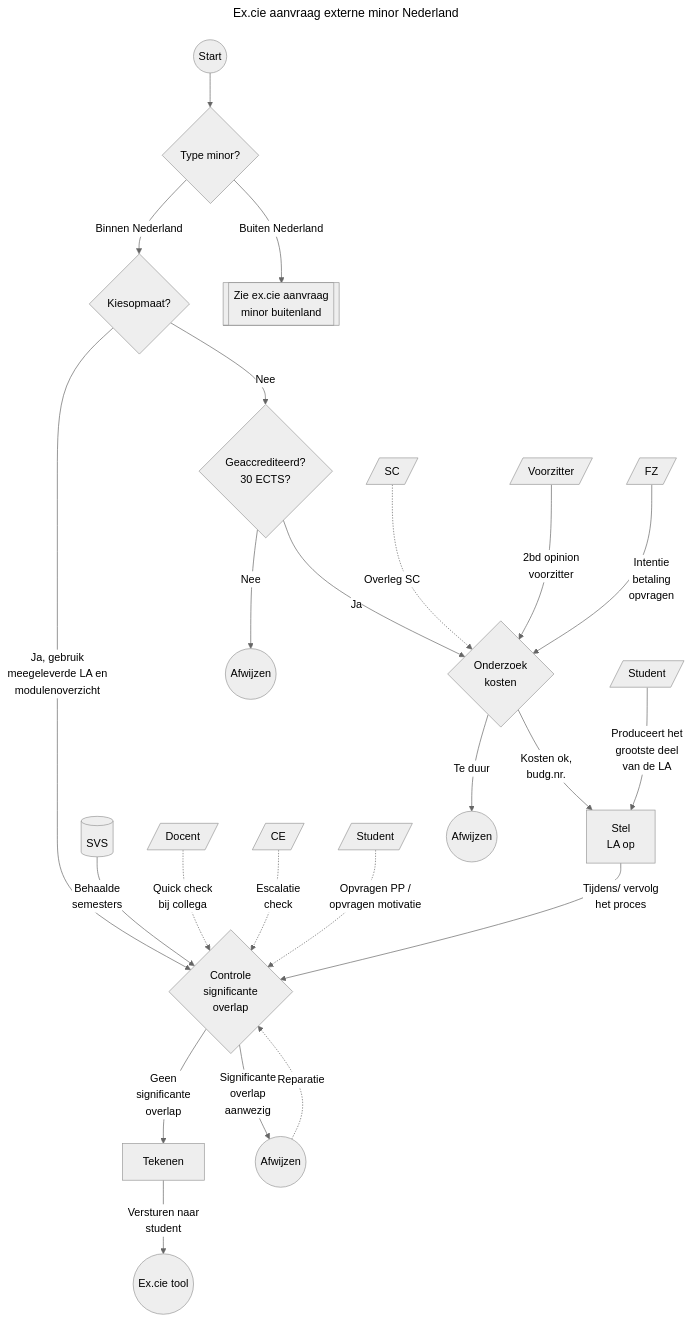
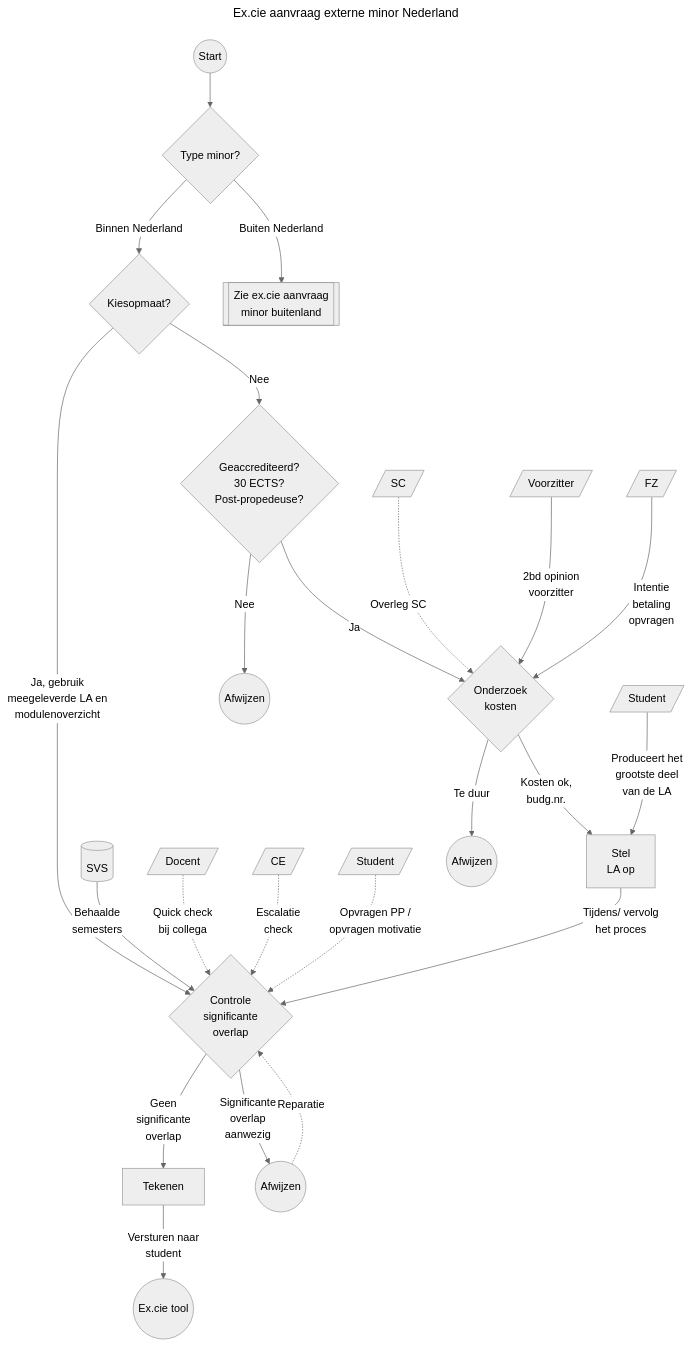
Before and after one commit to BjornHamels/ex.cie: the diagram in aanvraagexterneminor.md, drawn with Mermaid (neutral theme). The commit also changed other lines of this file, not shown here.

````diff
--- a/aanvraagexterneminor.md
+++ b/aanvraagexterneminor.md
@@ -23,65 +24,66 @@
 ```mermaid
 ---
 title: Ex.cie aanvraag externe minor Nederland
 ---
 flowchart TD
 
     %% Start
     Start((Start))-->TypeM
     TypeM{Type minor?}-->|Binnen Nederland|NL{Kiesopmaat?}
     
     %% Kiesopmaat
     NL-->|Ja, gebruik
       meegeleverde LA en
     modulenoverzicht|CtrlOver{Controle
       significante
       overlap}
     TypeM-->|Buiten Nederland|Buitenland[[Zie ex.cie aanvraag
       minor buitenland]]
     NL-->|Nee|NLNietKies{Geaccrediteerd?
-      30 ECTS?}
+      30 ECTS?
+      Post-propedeuse?}
 
     %% 30 ECTS?
     NLNietKies-->|Ja|GeAcc{Onderzoek
       kosten}
     NLNietKies-->|Nee|Geen30((Afwijzen))
 
     %% De bronnen van Controle overlap
     SVS[(SVS)]-->|Behaalde
       semesters|CtrlOver
     DOC[/Docent/].->|Quick check
       bij collega|CtrlOver
     CE[/CE/].->|Escalatie
       check|CtrlOver
     STU[/Student/].->|Opvragen PP /
       opvragen motivatie|CtrlOver
 
     %% Na Controle significante overlap
     CtrlOver-->|Geen
       significante
       overlap|Tekenen[Tekenen]
     Tekenen-->|Versturen naar
       student|Student((Ex.cie tool))
     CtrlOver-->|Significante
       overlap
       aanwezig|Afwijzen((Afwijzen))
     Afwijzen-.->|Reparatie|CtrlOver
 
     %% Indien geen kiesopmaat
     SC[/SC/].->|Overleg SC|GeAcc
     Voorzitter[/Voorzitter/]-->|2bd opinion
       voorzitter|GeAcc
     FZ[/FZ/]-->|Intentie
       betaling
       opvragen|GeAcc
     GeAcc-->|Kosten ok,
       budg.nr.|MaakLA[Stel
       LA op]
     STU2[/Student/]-->|Produceert het
       grootste deel
       van de LA|MaakLA
     MaakLA-->|Tijdens/ vervolg
       het proces|CtrlOver
     GeAcc-->|Te duur|TeDuur((Afwijzen))
 
 ```
````
